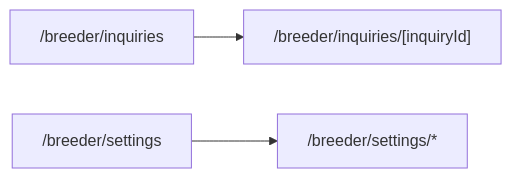
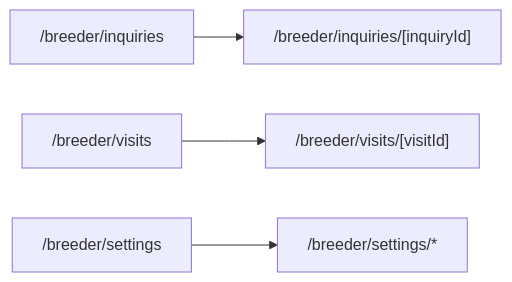
One commit to koji-isono/WithTama changed the fourth of 6 diagrams in docs/04_画面設計/README.md. Above: the diagram before and after it, drawn with Mermaid. The commit also changed other lines of this file and 11 other files, not shown here.

````diff
--- a/docs/04_画面設計/README.md
+++ b/docs/04_画面設計/README.md
@@ -123,5 +126,6 @@
 ```mermaid
 flowchart LR
   inquiriesList["/breeder/inquiries"] --> inquiryDetail["/breeder/inquiries/[inquiryId]"]
+  visitsList["/breeder/visits"] --> visitDetail["/breeder/visits/[visitId]"]
   settingsRoot["/breeder/settings"] --> settingsSub["/breeder/settings/*"]
 ```
````
